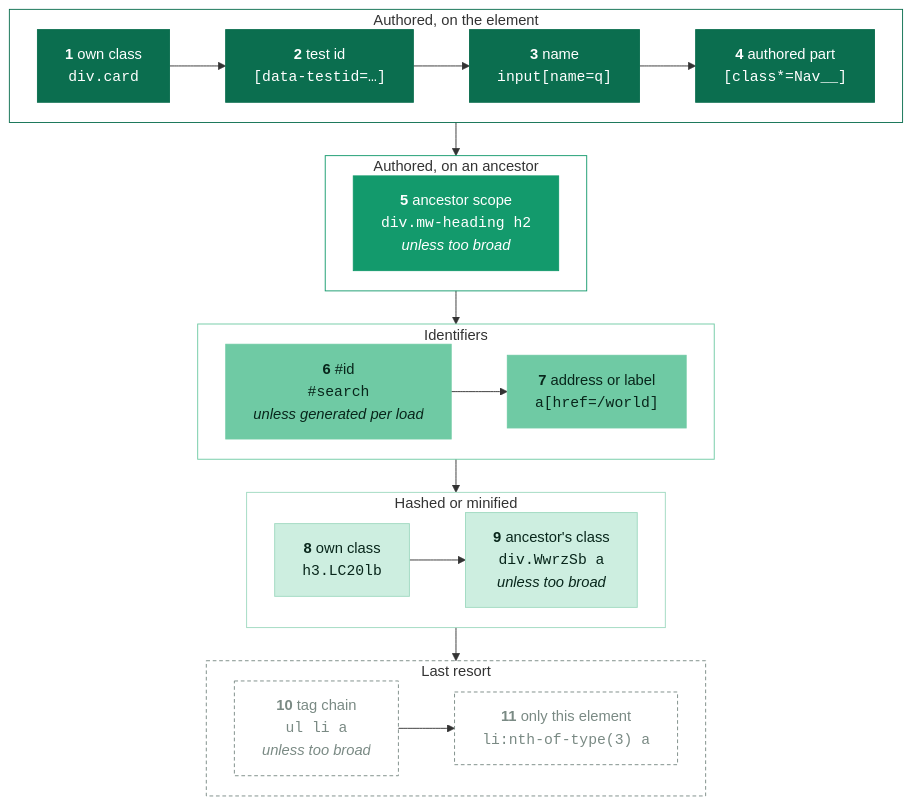
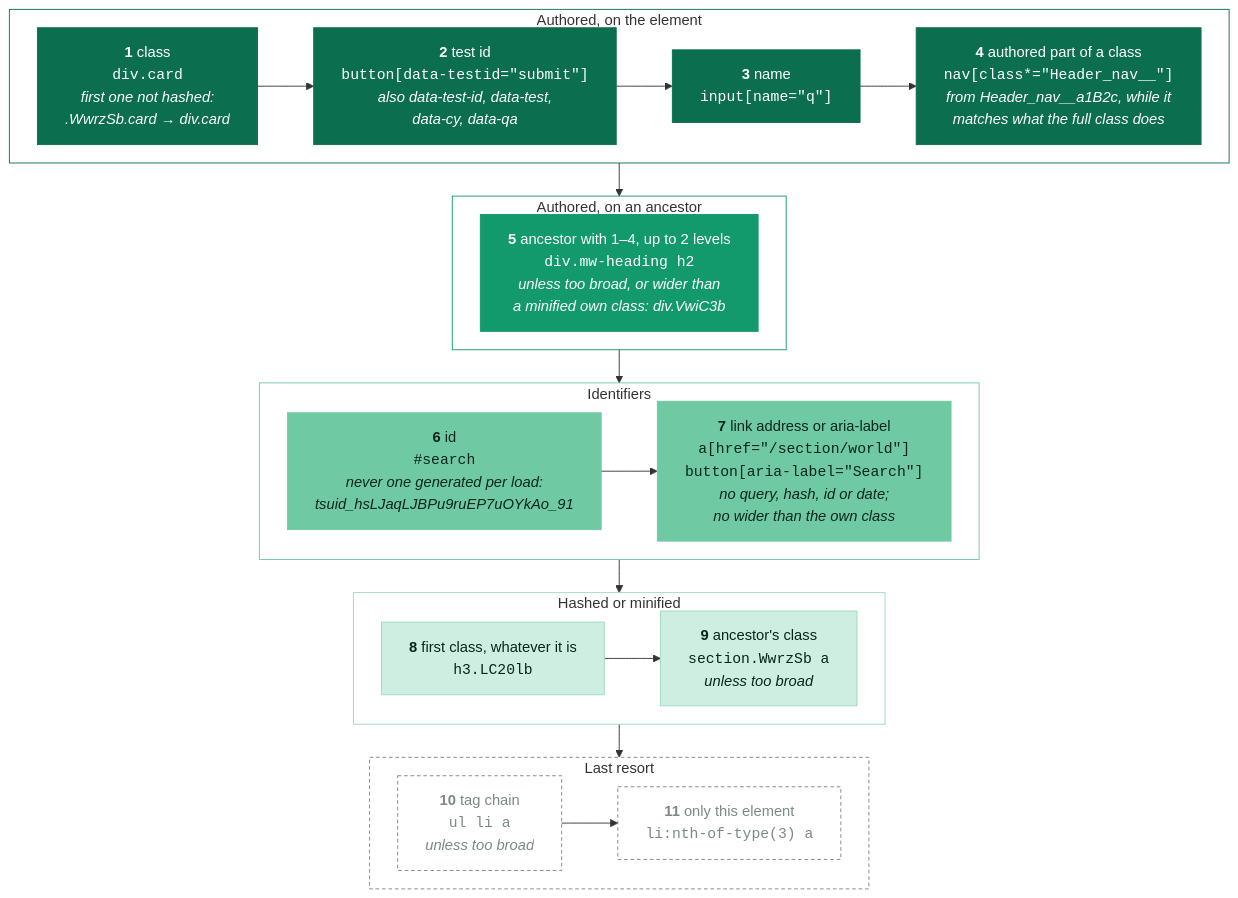
The diagram in docs/selectors-and-css.md (ankit/stylebot), drawn with Mermaid before and after one commit. The commit also changed other lines of this file, not shown here.

Commit message:
docs(selectors): fold the priority list into the diagram

````diff
--- a/docs/selectors-and-css.md
+++ b/docs/selectors-and-css.md
@@ -16,51 +18,51 @@
 ```mermaid
-%%{init: {"flowchart": {"curve": "basis", "nodeSpacing": 24, "rankSpacing": 36}}}%%
+%%{init: {"flowchart": {"curve": "basis", "nodeSpacing": 20, "rankSpacing": 36, "wrappingWidth": 320}, "themeCSS": "g.node code { font-family: ui-monospace, SFMono-Regular, Menlo, monospace; font-size: 12px; padding: 1px 6px; border-radius: 4px; white-space: nowrap; } g.t1 code, g.t2 code { background: rgba(255,255,255,0.16); } g.t3 code, g.t4 code { background: rgba(8,38,27,0.10); } g.t5 code { background: rgba(122,138,132,0.14); } g.node i { font-size: 11px; opacity: 0.85; }"}}%%
 flowchart TB
     subgraph authored["Authored, on the element"]
         direction LR
-        S1["<b>1</b> own class<br/><code>div.card</code>"]
-        S2["<b>2</b> test id<br/><code>[data-testid=…]</code>"]
-        S3["<b>3</b> name<br/><code>input[name=q]</code>"]
-        S4["<b>4</b> authored part<br/><code>[class*=Nav__]</code>"]
+        S1["<b>1</b> class<br/><code>div.card</code><br/><i>first one not hashed:<br/>.WwrzSb.card → div.card</i>"]
+        S2["<b>2</b> test id<br/><code>button[data-testid=&quot;submit&quot;]</code><br/><i>also data-test-id, data-test,<br/>data-cy, data-qa</i>"]
+        S3["<b>3</b> name<br/><code>input[name=&quot;q&quot;]</code>"]
+        S4["<b>4</b> authored part of a class<br/><code>nav[class*=&quot;Header_nav__&quot;]</code><br/><i>from Header_nav__a1B2c, while it<br/>matches what the full class does</i>"]
         S1 --> S2 --> S3 --> S4
     end
     subgraph scoped["Authored, on an ancestor"]
         direction LR
-        S5["<b>5</b> ancestor scope<br/><code>div.mw-heading h2</code><br/><i>unless too broad</i>"]
+        S5["<b>5</b> ancestor with 1–4, up to 2 levels<br/><code>div.mw-heading h2</code><br/><i>unless too broad, or wider than<br/>a minified own class: div.VwiC3b</i>"]
     end
     subgraph ids["Identifiers"]
         direction LR
-        S6["<b>6</b> #id<br/><code>#search</code><br/><i>unless generated per load</i>"]
-        S7["<b>7</b> address or label<br/><code>a[href=/world]</code>"]
+        S6["<b>6</b> id<br/><code>#search</code><br/><i>never one generated per load:<br/>tsuid_hsLJaqLJBPu9ruEP7uOYkAo_91</i>"]
+        S7["<b>7</b> link address or aria-label<br/><code>a[href=&quot;/section/world&quot;]</code><br/><code>button[aria-label=&quot;Search&quot;]</code><br/><i>no query, hash, id or date;<br/>no wider than the own class</i>"]
         S6 --> S7
     end
     subgraph hashed["Hashed or minified"]
         direction LR
-        S8["<b>8</b> own class<br/><code>h3.LC20lb</code>"]
-        S9["<b>9</b> ancestor's class<br/><code>div.WwrzSb a</code><br/><i>unless too broad</i>"]
+        S8["<b>8</b> first class, whatever it is<br/><code>h3.LC20lb</code>"]
+        S9["<b>9</b> ancestor's class<br/><code>section.WwrzSb a</code><br/><i>unless too broad</i>"]
         S8 --> S9
     end
     subgraph last["Last resort"]
         direction LR
         S10["<b>10</b> tag chain<br/><code>ul li a</code><br/><i>unless too broad</i>"]
         S11["<b>11</b> only this element<br/><code>li:nth-of-type(3) a</code>"]
         S10 --> S11
     end
     authored --> scoped --> ids --> hashed --> last
 
     classDef t1 fill:#0b6e4f,stroke:#0b6e4f,color:#ffffff
     classDef t2 fill:#139a6c,stroke:#139a6c,color:#ffffff
     classDef t3 fill:#6fcaa4,stroke:#6fcaa4,color:#08261b
     classDef t4 fill:#cdeee0,stroke:#9fd9c0,color:#08261b
     classDef t5 fill:transparent,stroke:#7a8a84,stroke-dasharray:4 3,color:#7a8a84
     class S1,S2,S3,S4 t1
     class S5 t2
     class S6,S7 t3
     class S8,S9 t4
     class S10,S11 t5
     style authored fill:transparent,stroke:#0b6e4f,stroke-width:1px
     style scoped fill:transparent,stroke:#139a6c,stroke-width:1px
     style ids fill:transparent,stroke:#6fcaa4,stroke-width:1px
     style hashed fill:transparent,stroke:#9fd9c0,stroke-width:1px
     style last fill:transparent,stroke:#7a8a84,stroke-width:1px,stroke-dasharray:4 3
 ```
````
